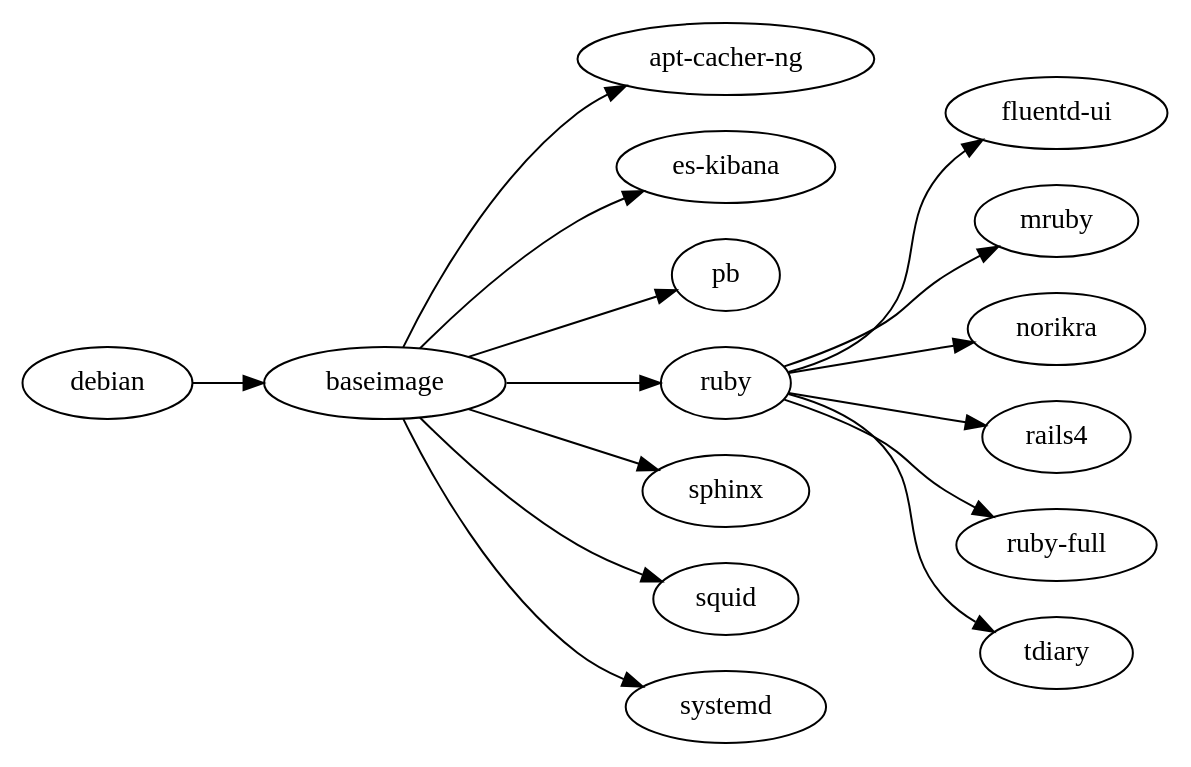
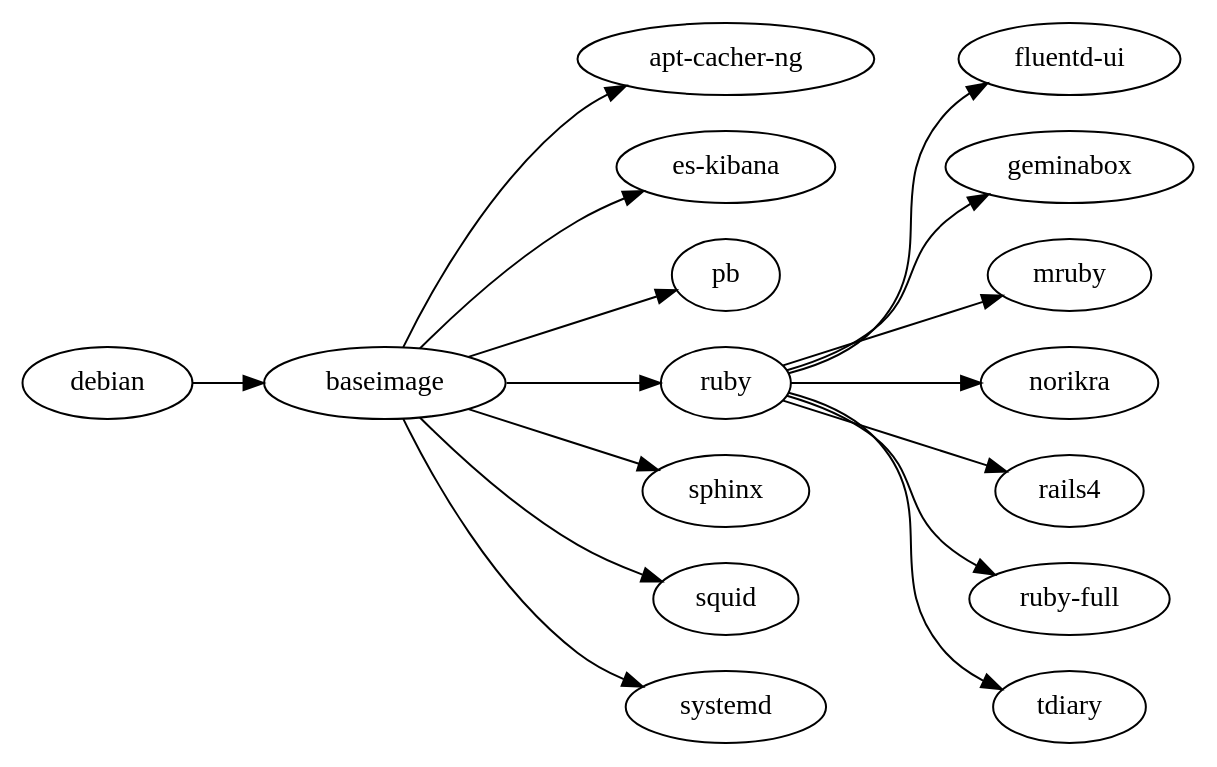
The diagram in deps.dot (minimum2scp/dockerfiles), drawn with Graphviz before and after one commit. The commit also changed 11 other files, not shown here.

```diff
--- a/deps.dot
+++ b/deps.dot
@@ -1,24 +1,25 @@
 digraph deps {
   graph        [rankdir = "LR"];
   ratio = auto;
 
   acng         [label = "apt-cacher-ng"];
   baseimage    [label = "baseimage"];
   debian       [label = "debian"];
   es_kibana    [label = "es-kibana"];
   fluentd_ui   [label = "fluentd-ui"];
+  geminabox    [label = "geminabox"];
   mruby        [label = "mruby"];
   norikra      [label = "norikra"];
   pb           [label = "pb"];
   rails4       [label = "rails4"];
   ruby         [label = "ruby"];
   ruby_full    [label = "ruby-full"];
   sphinx       [label = "sphinx"];
   squid        [label = "squid"];
   systemd      [label = "systemd"];
   tdiary       [label = "tdiary"];
 
   debian    -> baseimage;
   baseimage -> {acng, es_kibana, pb, ruby, sphinx, squid, systemd};
-  ruby      -> {fluentd_ui, mruby, norikra, rails4, ruby_full, tdiary};
+  ruby      -> {fluentd_ui, geminabox, mruby, norikra, rails4, ruby_full, tdiary};
 }
```
